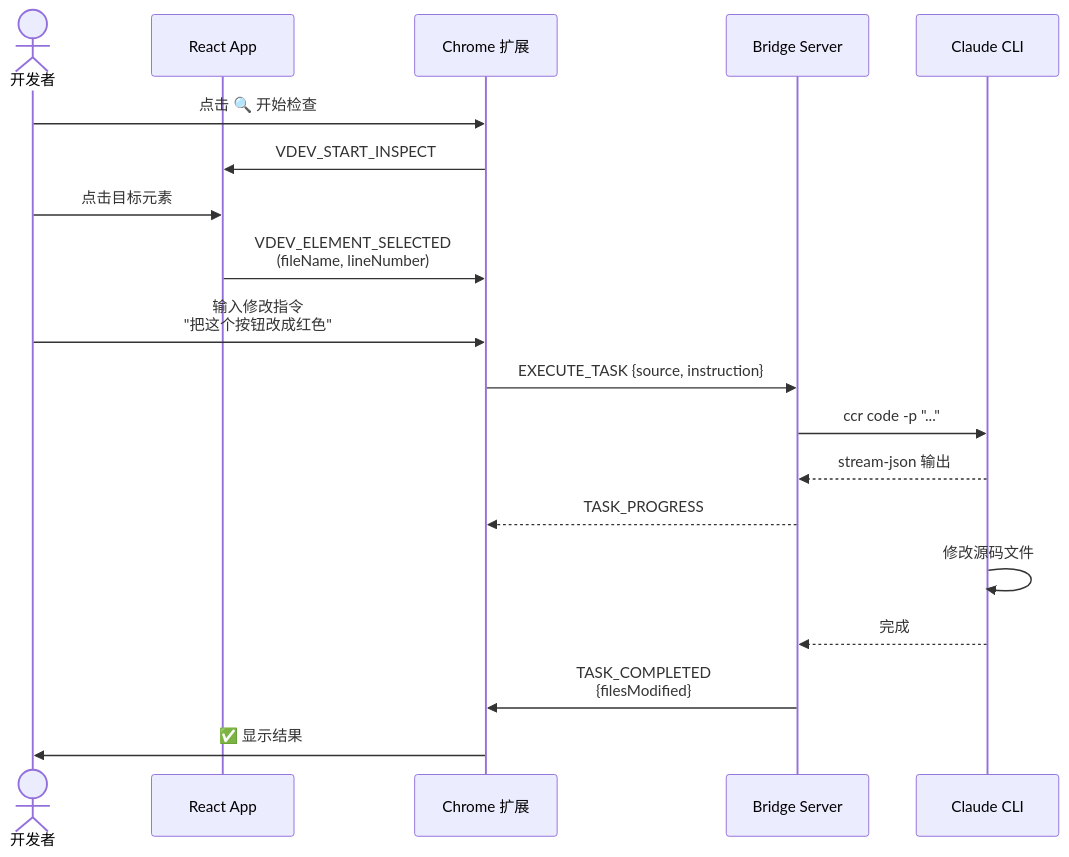
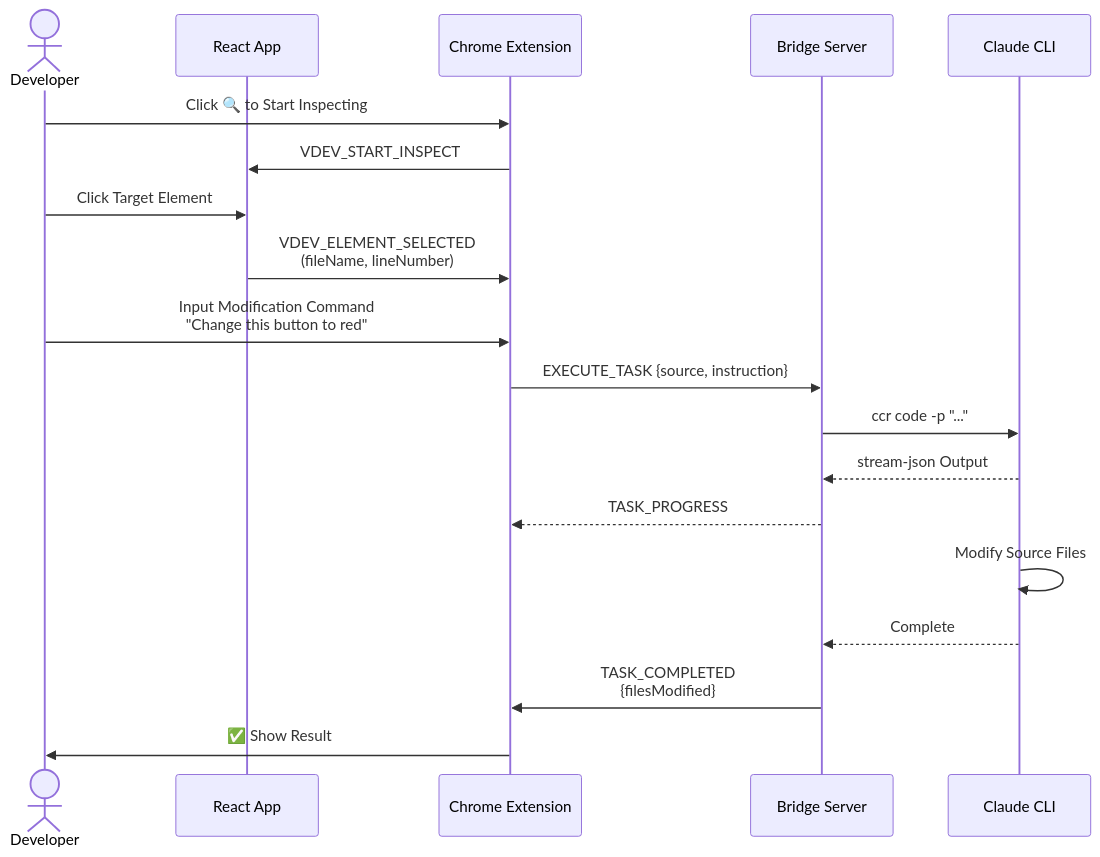
One commit to brucetoo/visual-agentic-dev changed the third of 3 diagrams in docs/ARCHITECTURE.md. Above: the diagram before and after it, drawn with Mermaid. The commit also changed other lines of this file and 3735 other files, not shown here.

````diff
--- a/docs/ARCHITECTURE.md
+++ b/docs/ARCHITECTURE.md
@@ -211,27 +211,27 @@
 ```mermaid
 sequenceDiagram
-    actor Dev as 开发者
+    actor Dev as Developer
     participant App as React App
-    participant Ext as Chrome 扩展
+    participant Ext as Chrome Extension
     participant Bridge as Bridge Server
     participant CLI as Claude CLI
 
-    Dev->>Ext: 点击 🔍 开始检查
+    Dev->>Ext: Click 🔍 to Start Inspecting
     Ext->>App: VDEV_START_INSPECT
     
-    Dev->>App: 点击目标元素
+    Dev->>App: Click Target Element
     App->>Ext: VDEV_ELEMENT_SELECTED<br/>(fileName, lineNumber)
     
-    Dev->>Ext: 输入修改指令<br/>"把这个按钮改成红色"
+    Dev->>Ext: Input Modification Command<br/>"Change this button to red"
     Ext->>Bridge: EXECUTE_TASK {source, instruction}
     
     Bridge->>CLI: ccr code -p "..."
-    CLI-->>Bridge: stream-json 输出
+    CLI-->>Bridge: stream-json Output
     Bridge-->>Ext: TASK_PROGRESS
     
-    CLI->>CLI: 修改源码文件
-    CLI-->>Bridge: 完成
+    CLI->>CLI: Modify Source Files
+    CLI-->>Bridge: Complete
     Bridge->>Ext: TASK_COMPLETED<br/>{filesModified}
     
-    Ext->>Dev: ✅ 显示结果
+    Ext->>Dev: ✅ Show Result
 ```
````
